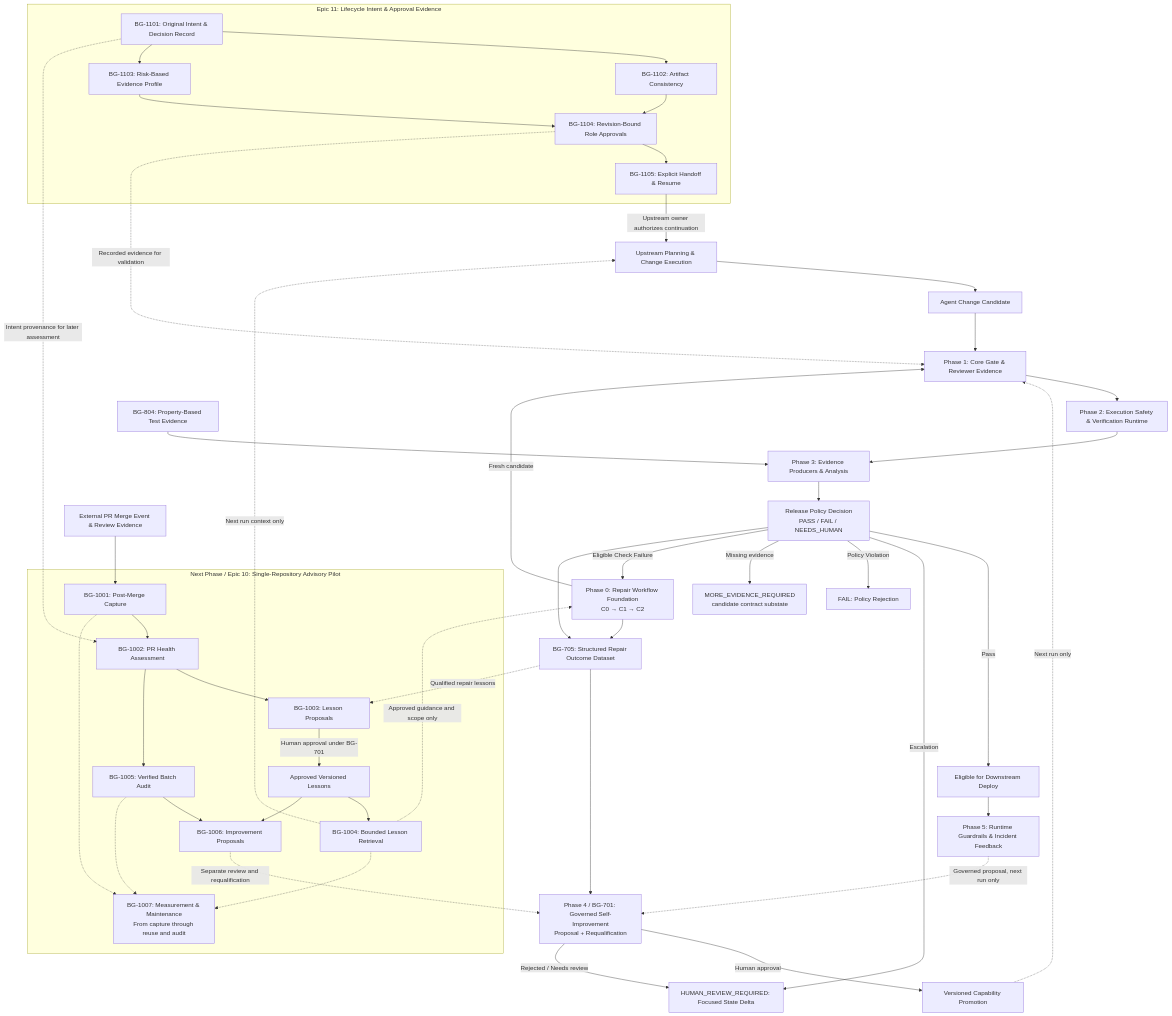
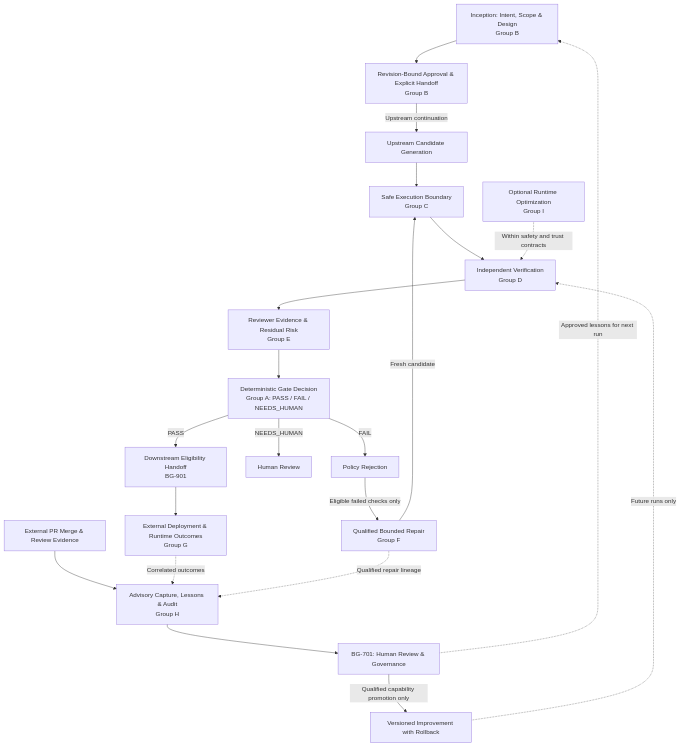
The diagram in release-gate/docs/backlog.md (jerryshao2012/blindspot-remediation), drawn with Mermaid before and after one commit. The commit also changed other lines of this file, not shown here.

First line of the commit message:
docs: reorganize backlog and roadmap for AI-driven development lifecycle

````diff
--- a/release-gate/docs/backlog.md
+++ b/release-gate/docs/backlog.md
@@ -74,52 +47,23 @@
 ```mermaid
 flowchart TD
-    U[Upstream Planning & Change Execution] --> A[Agent Change Candidate]
-    A --> B[Phase 1: Core Gate & Reviewer Evidence]
-    B --> C[Phase 2: Execution Safety & Verification Runtime]
-    C --> D[Phase 3: Evidence Producers & Analysis]
-    D --> E[Release Policy Decision<br/>PASS / FAIL / NEEDS_HUMAN]
-    E -->|Pass| H[Eligible for Downstream Deploy]
-    E -->|Escalation| I[HUMAN_REVIEW_REQUIRED: Focused State Delta]
-    E -->|Policy Violation| J[FAIL: Policy Rejection]
-    E -->|Missing evidence| N[MORE_EVIDENCE_REQUIRED<br/>candidate contract substate]
-    E -->|Eligible Check Failure| R[Phase 0: Repair Workflow Foundation<br/>C0 → C1 → C2]
-    R -->|Fresh candidate| B
-    E --> K[BG-705: Structured Repair Outcome Dataset]
-    R --> K
-    K --> L[Phase 4 / BG-701: Governed Self-Improvement<br/>Proposal + Requalification]
-    L -->|Human approval| M[Versioned Capability Promotion]
-    L -->|Rejected / Needs review| I
-    M -.->|Next run only| B
-    H --> O[Phase 5: Runtime Guardrails & Incident Feedback]
-    O -.->|Governed proposal, next run only| L
-
-    P[External PR Merge Event & Review Evidence] --> Q
-    subgraph PILOT[Next Phase / Epic 10: Single-Repository Advisory Pilot]
-        Q[BG-1001: Post-Merge Capture] --> S[BG-1002: PR Health Assessment]
-        S --> T[BG-1003: Lesson Proposals]
-        T -->|Human approval under BG-701| V[Approved Versioned Lessons]
-        V --> W[BG-1004: Bounded Lesson Retrieval]
-        S --> X[BG-1005: Verified Batch Audit]
-        X --> Y[BG-1006: Improvement Proposals]
-        V --> Y
-        Z[BG-1007: Measurement & Maintenance<br/>From capture through reuse and audit]
-        Q -.-> Z
-        W -.-> Z
-        X -.-> Z
-    end
-    K -.->|Qualified repair lessons| T
-    W -.->|Next run context only| U
-    W -.->|Approved guidance and scope only| R
-    Y -.->|Separate review and requalification| L
-    subgraph INTENT[Epic 11: Lifecycle Intent & Approval Evidence]
-        IA[BG-1101: Original Intent & Decision Record] --> IB[BG-1102: Artifact Consistency]
-        IA --> IC[BG-1103: Risk-Based Evidence Profile]
-        IB --> ID[BG-1104: Revision-Bound Role Approvals]
-        IC --> ID
-        ID --> IE[BG-1105: Explicit Handoff & Resume]
-    end
-    IE -->|Upstream owner authorizes continuation| U
-    ID -.->|Recorded evidence for validation| B
-    IA -.->|Intent provenance for later assessment| S
-    PB[BG-804: Property-Based Test Evidence] --> D
+    A[Inception: Intent, Scope & Design<br/>Group B] --> B[Revision-Bound Approval & Explicit Handoff<br/>Group B]
+    B -->|Upstream continuation| C[Upstream Candidate Generation]
+    C --> D[Safe Execution Boundary<br/>Group C]
+    D --> E[Independent Verification<br/>Group D]
+    E --> F[Reviewer Evidence & Residual Risk<br/>Group E]
+    F --> G[Deterministic Gate Decision<br/>Group A: PASS / FAIL / NEEDS_HUMAN]
+    G -->|PASS| H[Downstream Eligibility Handoff<br/>BG-901]
+    H --> I[External Deployment & Runtime Outcomes<br/>Group G]
+    G -->|NEEDS_HUMAN| J[Human Review]
+    G -->|FAIL| K[Policy Rejection]
+    K -->|Eligible failed checks only| R[Qualified Bounded Repair<br/>Group F]
+    R -->|Fresh candidate| D
+    P[External PR Merge & Review Evidence] --> L[Advisory Capture, Lessons & Audit<br/>Group H]
+    I -.->|Correlated outcomes| L
+    R -.->|Qualified repair lineage| L
+    L --> M[BG-701: Human Review & Governance]
+    M -.->|Approved lessons for next run| A
+    M -->|Qualified capability promotion only| N[Versioned Improvement with Rollback]
+    N -.->|Future runs only| E
+    O[Optional Runtime Optimization<br/>Group I] -.->|Within safety and trust contracts| E
 ```
````
